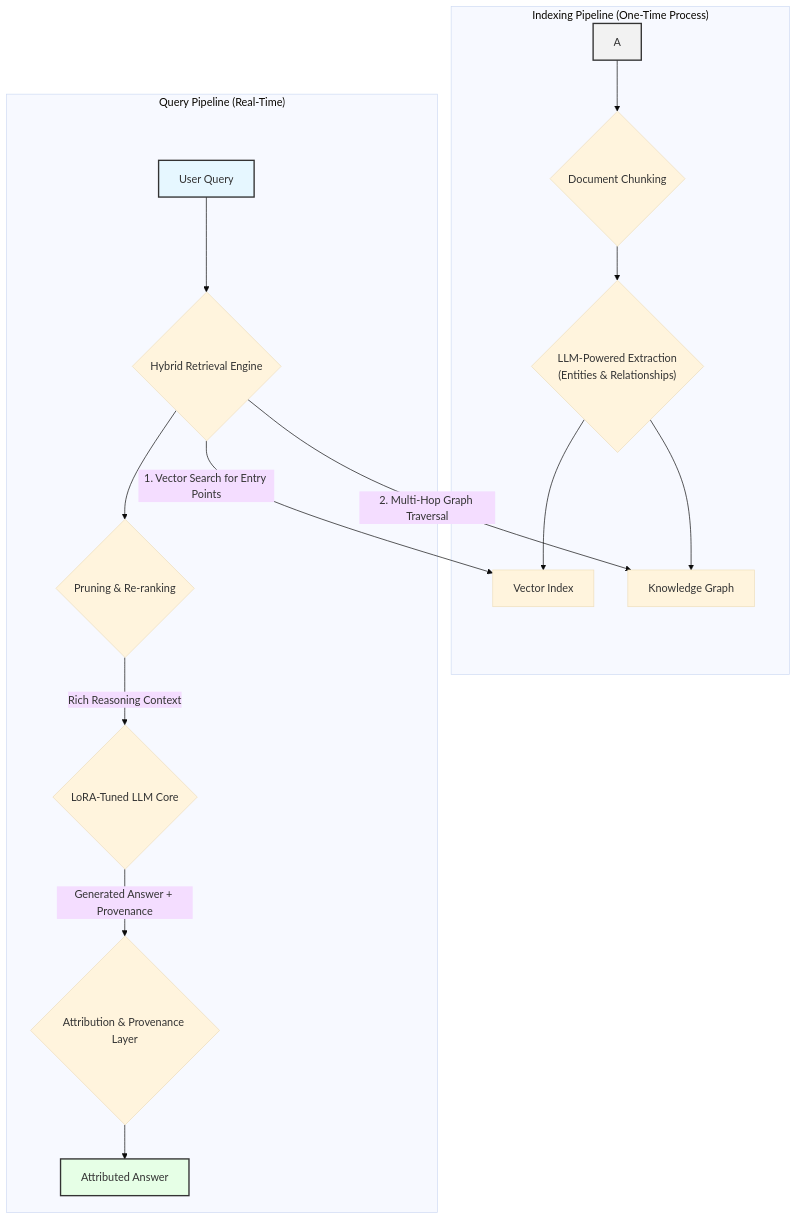
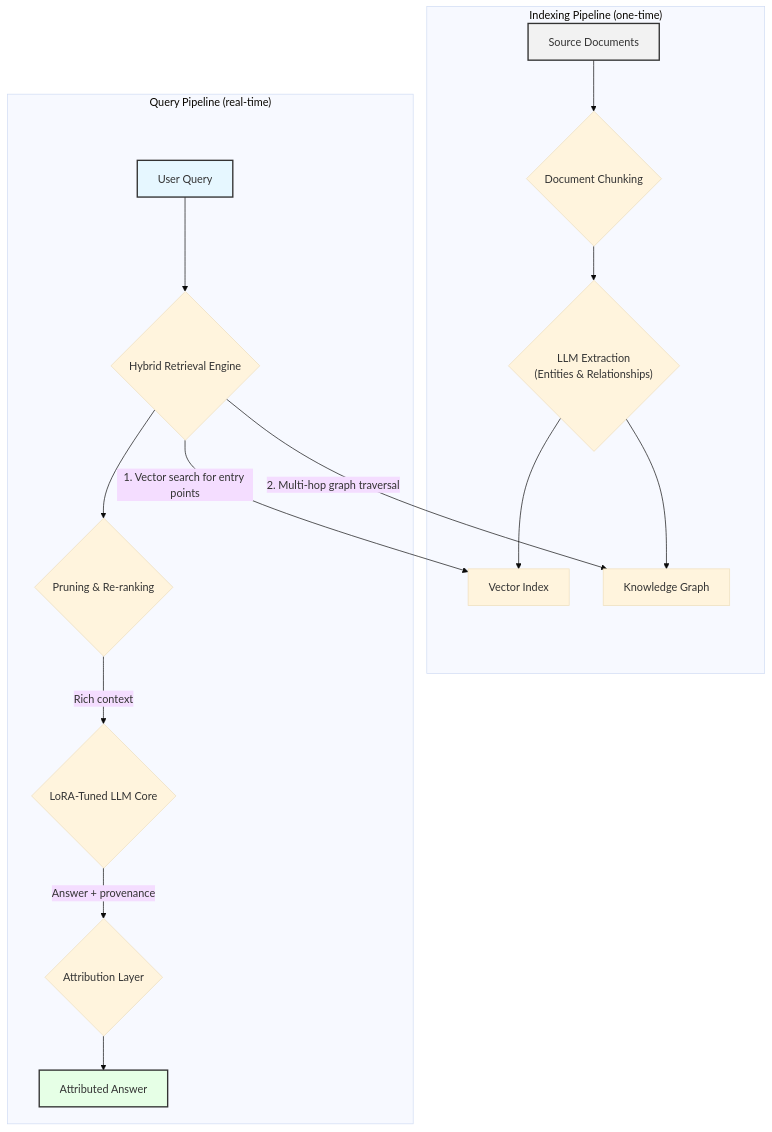
One commit to bibinprathap/VeritasGraph changed the diagram in README.md. Above: the diagram before and after it, drawn with Mermaid (base theme). The commit also changed other lines of this file, not shown here.

````diff
--- a/README.md
+++ b/README.md
@@ -740,23 +376,21 @@
-```mermaid 
- graph TD
-    subgraph "Indexing Pipeline (One-Time Process)"
-        A --> B{Document Chunking};
-        B --> C{"LLM-Powered Extraction<br/>(Entities & Relationships)"};
+```mermaid
+graph TD
+    subgraph "Indexing Pipeline (one-time)"
+        A[Source Documents] --> B{Document Chunking};
+        B --> C{"LLM Extraction<br/>(Entities & Relationships)"};
         C --> D[Vector Index];
         C --> E[Knowledge Graph];
     end
-
-    subgraph "Query Pipeline (Real-Time)"
+    subgraph "Query Pipeline (real-time)"
         F[User Query] --> G{Hybrid Retrieval Engine};
-        G -- "1. Vector Search for Entry Points" --> D;
-        G -- "2. Multi-Hop Graph Traversal" --> E;
+        G -- "1. Vector search for entry points" --> D;
+        G -- "2. Multi-hop graph traversal" --> E;
         G --> H{Pruning & Re-ranking};
-        H -- "Rich Reasoning Context" --> I{LoRA-Tuned LLM Core};
-        I -- "Generated Answer + Provenance" --> J{Attribution & Provenance Layer};
+        H -- "Rich context" --> I{LoRA-Tuned LLM Core};
+        I -- "Answer + provenance" --> J{Attribution Layer};
         J --> K[Attributed Answer];
     end
-
     style A fill:#f2f2f2,stroke:#333,stroke-width:2px
     style F fill:#e6f7ff,stroke:#333,stroke-width:2px
     style K fill:#e6ffe6,stroke:#333,stroke-width:2px
 ```
````
